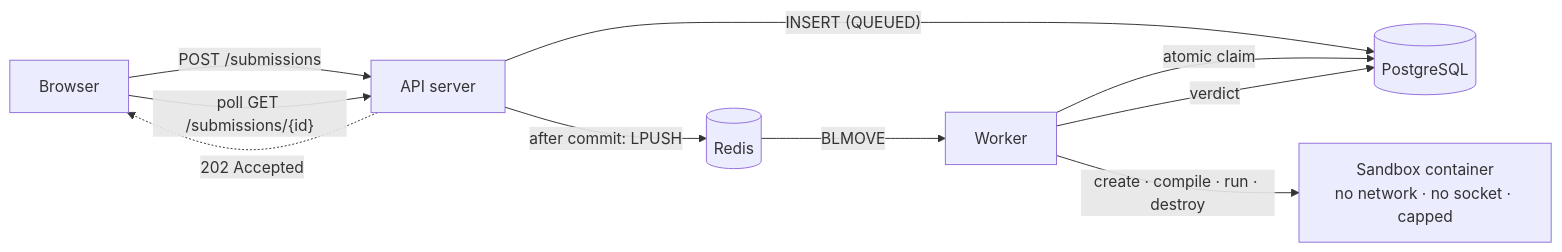
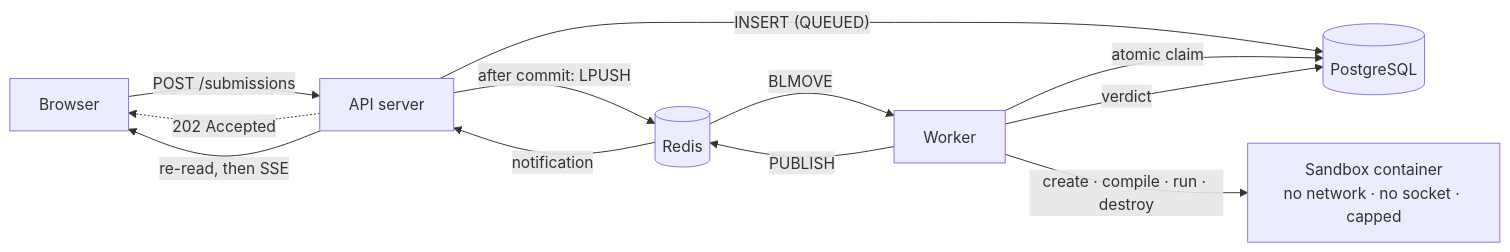
The third of 3 diagrams in README.md (SatvikO7/codearena), drawn with Mermaid before and after one commit. The commit also changed other lines of this file and 49 other files, not shown here.

````diff
--- a/README.md
+++ b/README.md
@@ -331,12 +336,14 @@
 ```mermaid
 flowchart LR
     B["Browser"] -->|"POST /submissions"| A["API server"]
     A -->|"INSERT (QUEUED)"| P[("PostgreSQL")]
     A -.->|"202 Accepted"| B
     A -->|"after commit: LPUSH"| R[("Redis")]
     R -->|"BLMOVE"| W["Worker"]
     W -->|"atomic claim"| P
     W -->|"create · compile · run · destroy"| S["Sandbox container<br/>no network · no socket · capped"]
     W -->|"verdict"| P
-    B -->|"poll GET /submissions/{id}"| A
+    W -->|"PUBLISH"| R
+    R -->|"notification"| A
+    A -->|"re-read, then SSE"| B
 ```
````
